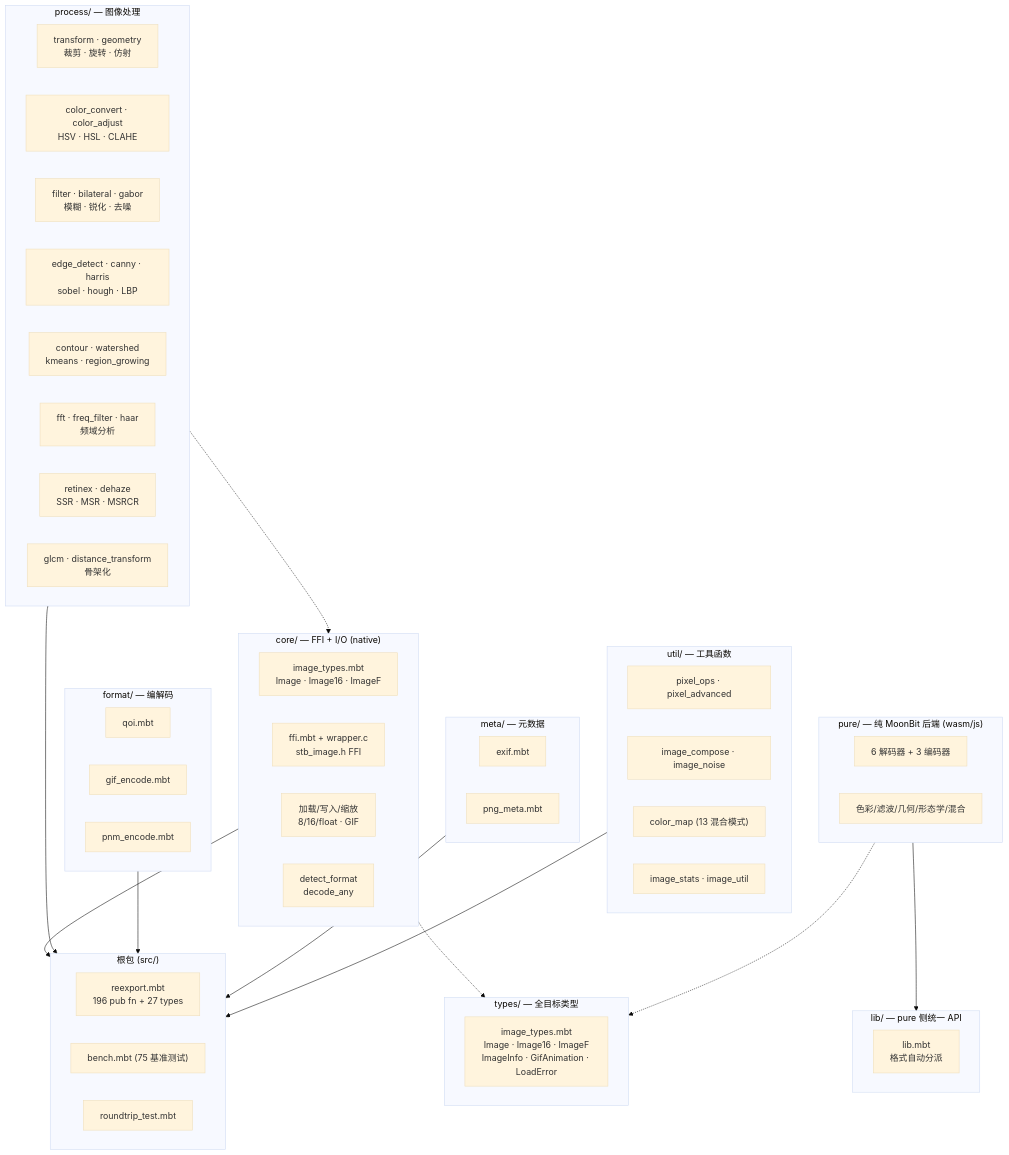
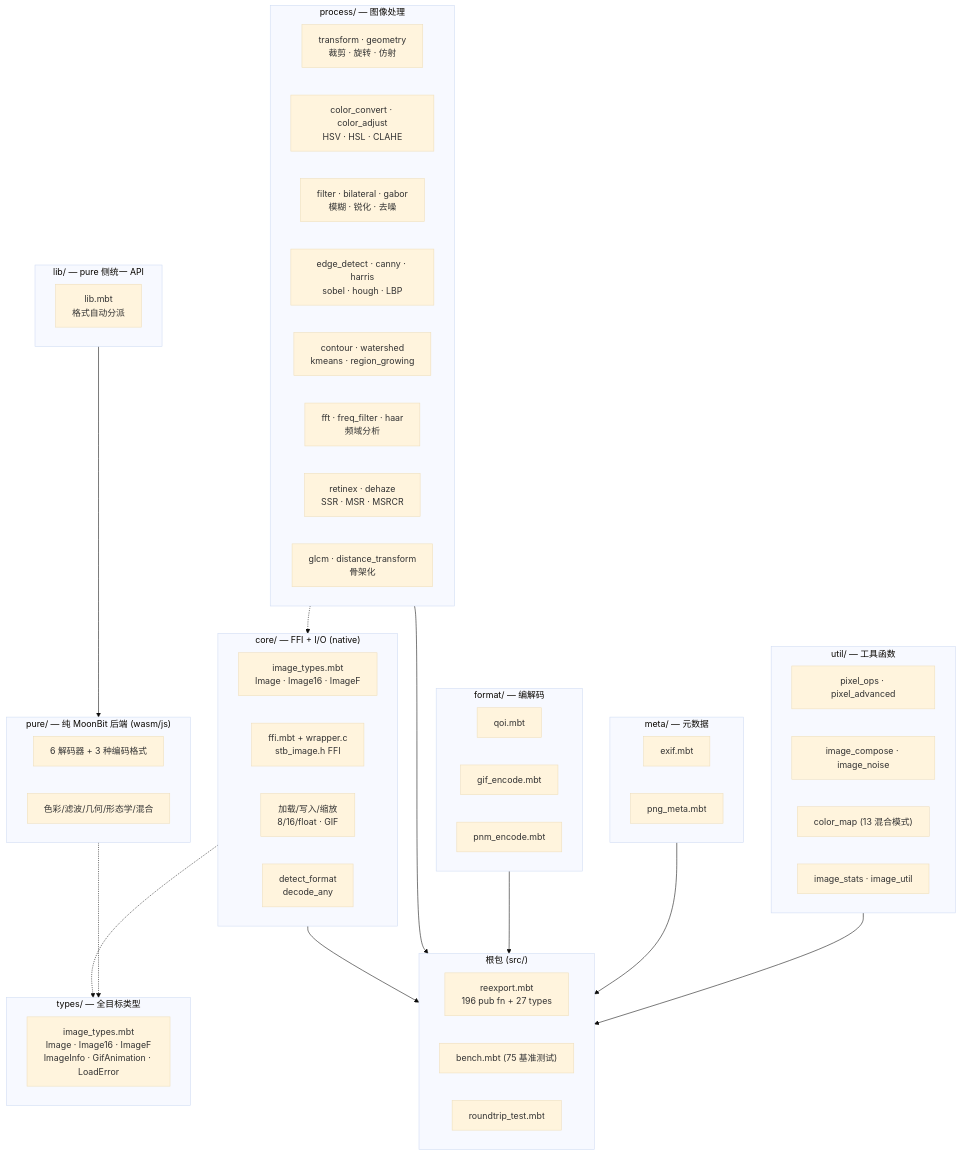
Before and after one commit to toadium/stb-image: the second of 14 diagrams in docs/architecture.md, drawn with Mermaid (base theme). The commit also changed other lines of this file and 4 other files, not shown here.

````diff
--- a/docs/architecture.md
+++ b/docs/architecture.md
@@ -72,67 +72,67 @@
 ```mermaid
 flowchart TB
     subgraph Root["根包 (src/)"]
         RE["reexport.mbt<br/>196 pub fn + 27 types"]
         Bench["bench.mbt (75 基准测试)"]
         RT["roundtrip_test.mbt"]
     end
 
     subgraph TypesPkg["types/ — 全目标类型"]
         TypeDef["image_types.mbt<br/>Image · Image16 · ImageF<br/>ImageInfo · GifAnimation · LoadError"]
     end
 
     subgraph Core["core/ — FFI + I/O (native)"]
         Types["image_types.mbt<br/>Image · Image16 · ImageF"]
         FFI["ffi.mbt + wrapper.c<br/>stb_image.h FFI"]
         Load["加载/写入/缩放<br/>8/16/float · GIF"]
         Detect["detect_format<br/>decode_any"]
     end
 
     subgraph Process["process/ — 图像处理"]
         Transform["transform · geometry<br/>裁剪 · 旋转 · 仿射"]
         Color["color_convert · color_adjust<br/>HSV · HSL · CLAHE"]
         Filter["filter · bilateral · gabor<br/>模糊 · 锐化 · 去噪"]
         Edge["edge_detect · canny · harris<br/>sobel · hough · LBP"]
         Segment["contour · watershed<br/>kmeans · region_growing"]
         Freq["fft · freq_filter · haar<br/>频域分析"]
         Retinex["retinex · dehaze<br/>SSR · MSR · MSRCR"]
         Texture["glcm · distance_transform<br/>骨架化"]
     end
 
     subgraph Format["format/ — 编解码"]
         QOI["qoi.mbt"]
         GIF["gif_encode.mbt"]
         PNM["pnm_encode.mbt"]
     end
 
     subgraph Meta["meta/ — 元数据"]
         EXIF["exif.mbt"]
         PNGMeta["png_meta.mbt"]
     end
 
     subgraph Util["util/ — 工具函数"]
         PixelOps["pixel_ops · pixel_advanced"]
         Compose["image_compose · image_noise"]
         Blend["color_map (13 混合模式)"]
         Stats["image_stats · image_util"]
     end
 
     subgraph Pure["pure/ — 纯 MoonBit 后端 (wasm/js)"]
-        PureDec["6 解码器 + 3 编码器"]
+        PureDec["6 解码器 + 3 种编码格式"]
         PureProc["色彩/滤波/几何/形态学/混合"]
     end
 
     subgraph Lib["lib/ — pure 侧统一 API"]
         LibEntry["lib.mbt<br/>格式自动分派"]
     end
 
     Core --> Root
     Process --> Root
     Format --> Root
     Meta --> Root
     Util --> Root
-    Pure --> Lib
+    Lib --> Pure
     Core -.-> TypesPkg
     Pure -.-> TypesPkg
     Process -.-> Core
 ```
````
